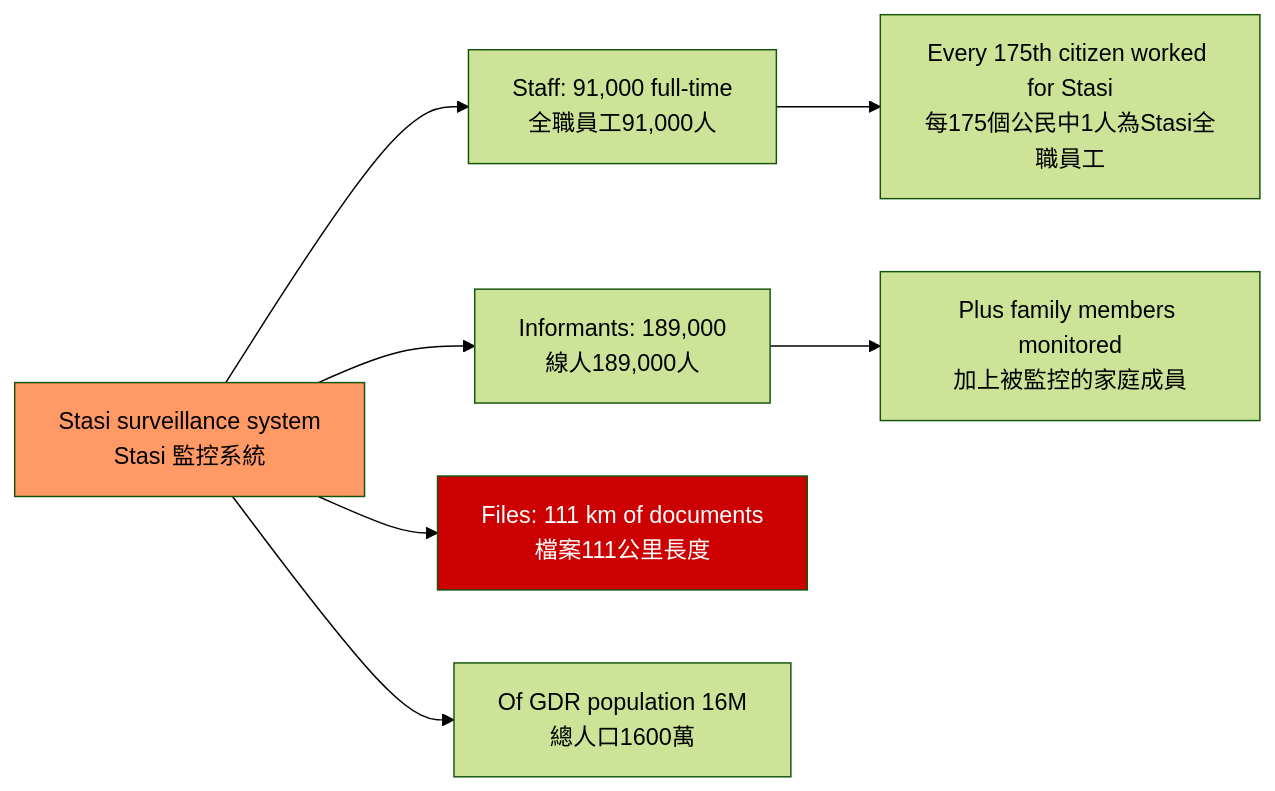
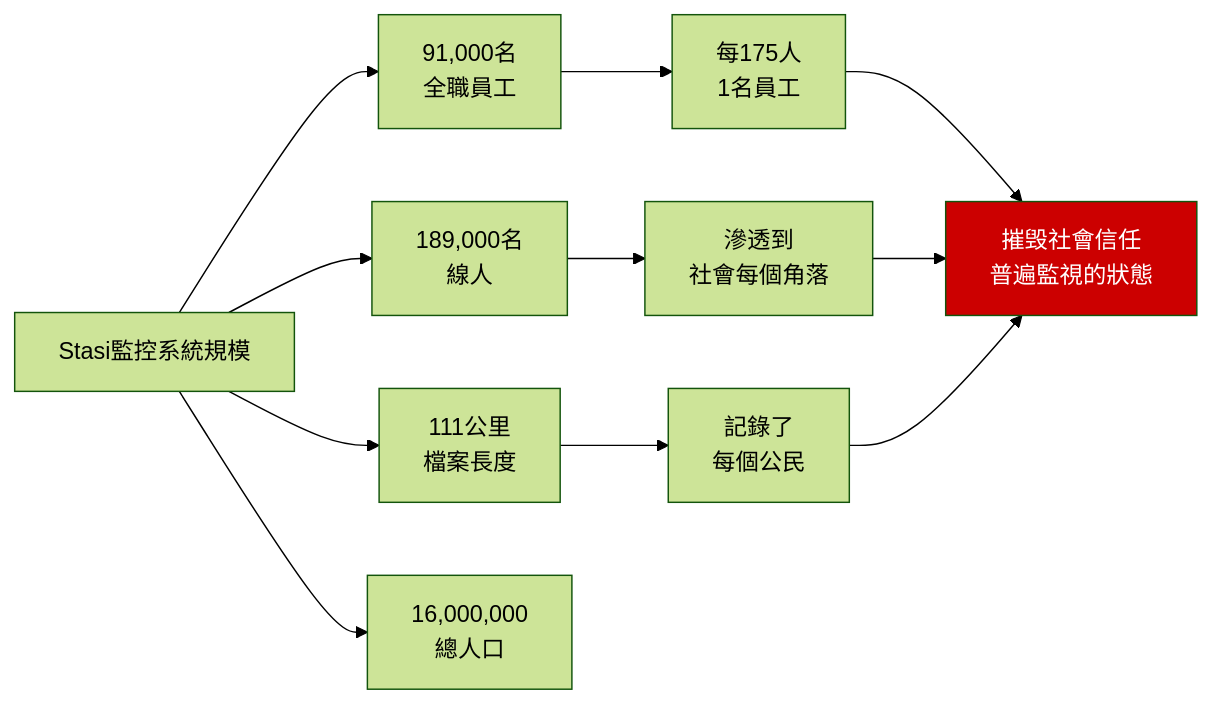
The eighth of 10 diagrams in 01_HKU_Courses/HIST2076_Germany_Cold_War.md (yip-lgtm/HKU-Harvard-History-Self-Study), drawn with Mermaid (forest theme) before and after one commit. The commit also changed other lines of this file and 5 other files, not shown here.

````diff
--- a/01_HKU_Courses/HIST2076_Germany_Cold_War.md
+++ b/01_HKU_Courses/HIST2076_Germany_Cold_War.md
@@ -146,13 +434,15 @@
 ```mermaid
 graph LR
-    A[Stasi surveillance system<br/>Stasi 監控系統] --> B[Staff: 91,000 full-time<br/>全職員工91,000人]
-    A --> C[Informants: 189,000<br/>線人189,000人]
-    A --> D[Files: 111 km of documents<br/>檔案111公里長度]
-    A --> E[Of GDR population 16M<br/>總人口1600萬]
+    A[Stasi監控系統規模] --> B[91,000名<br/>全職員工]
+    A --> C[189,000名<br/>線人]
+    A --> D[111公里<br/>檔案長度]
+    A --> E[16,000,000<br/>總人口]
     
-    B --> F[Every 175th citizen worked for Stasi<br/>每175個公民中1人為Stasi全職員工]
-    C --> G[Plus family members monitored<br/>加上被監控的家庭成員]
+    B --> B1[每175人<br/>1名員工]
+    C --> C1[滲透到<br/>社會每個角落]
+    D --> D1[記錄了<br/>每個公民]
     
-    style A fill:#f96
-    style D fill:#c00,color:#fff
+    B1 & C1 & D1 --> E1[摧毁社會信任<br/>普遍監視的狀態]
+    
+    style E1 fill:#c00,color:#fff
 ```
````
